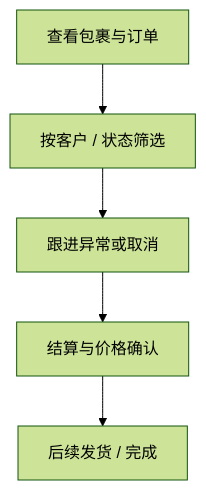
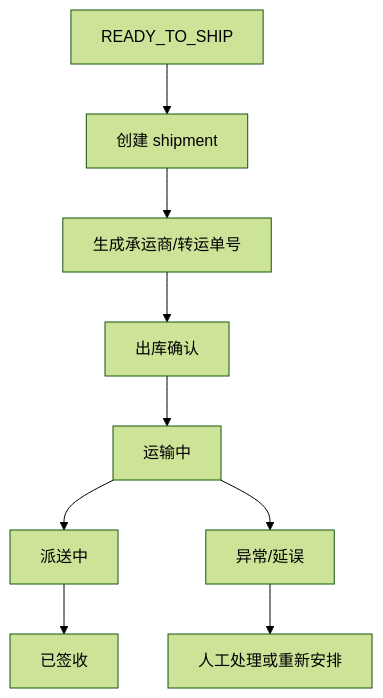
Before and after one commit to scottsux/TMS: the fifth of 6 diagrams in FLOWS_DIAGRAMS.md, drawn with Mermaid (forest theme). The commit also changed other lines of this file and 10 other files, not shown here.

````diff
--- a/FLOWS_DIAGRAMS.md
+++ b/FLOWS_DIAGRAMS.md
@@ -79,7 +124,11 @@
 ```mermaid
 flowchart TD
-    S1[查看包裹与订单] --> S2[按客户 / 状态筛选]
-    S2 --> S3[跟进异常或取消]
-    S3 --> S4[结算与价格确认]
-    S4 --> S5[后续发货 / 完成]
+    A[READY_TO_SHIP] --> B[创建 shipment]
+    B --> C[生成承运商/转运单号]
+    C --> D[出库确认]
+    D --> E[运输中]
+    E --> F[派送中]
+    F --> G[已签收]
+    E --> X[异常/延误]
+    X --> Y[人工处理或重新安排]
 ```
````
